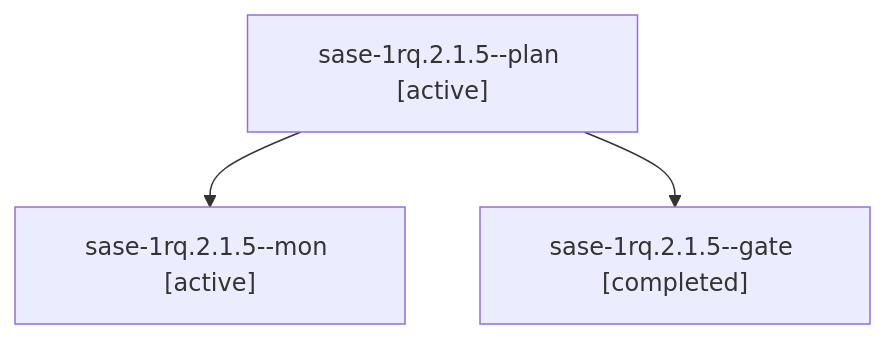
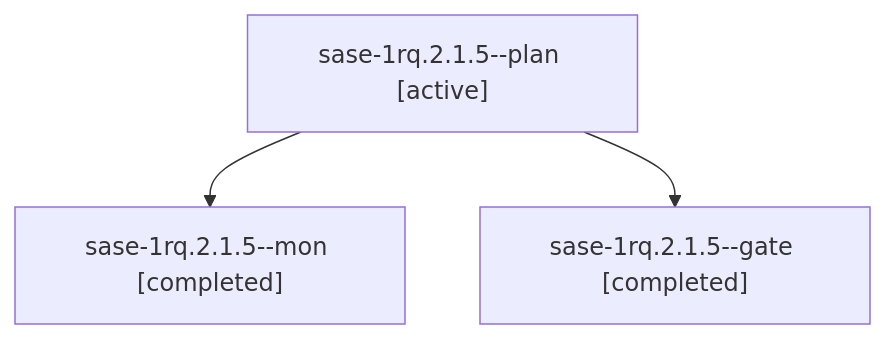
Before and after one commit to sase-org/sase--agents: the diagram in sessions/bbugyi200.athena.sase-1rq.2.1.5.md, drawn with Mermaid. The commit also changed other lines of this file and 159 other files, not shown here.

````diff
--- a/sessions/bbugyi200.athena.sase-1rq.2.1.5.md
+++ b/sessions/bbugyi200.athena.sase-1rq.2.1.5.md
@@ -9,8 +9,8 @@
 ```mermaid
 flowchart TD
   n0["sase-1rq.2.1.5--plan [active]"]
-  n1["sase-1rq.2.1.5--mon [active]"]
+  n1["sase-1rq.2.1.5--mon [completed]"]
   n0 --> n1
   n2["sase-1rq.2.1.5--gate [completed]"]
   n0 --> n2
 ```
````
